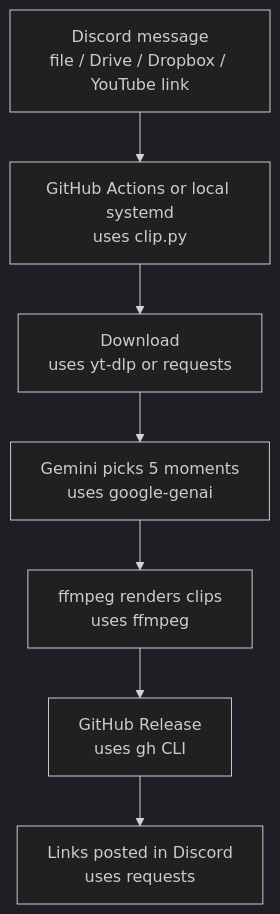
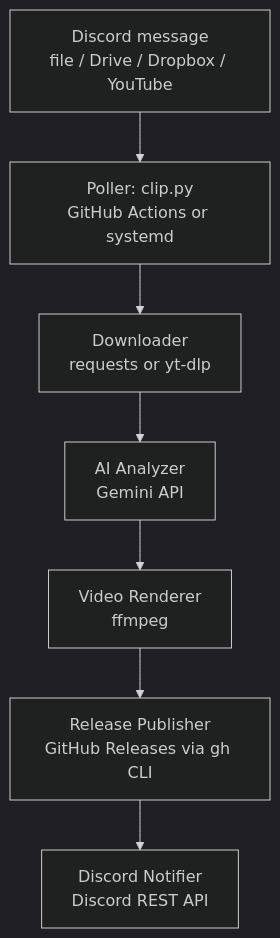
One commit to dawoodijaz1999/Doc-bot changed the diagram in docs/clip-clip.md. Above: the diagram before and after it, drawn with Mermaid (dark theme). The commit also changed other lines of this file and 2 other files, not shown here.

````diff
--- a/docs/clip-clip.md
+++ b/docs/clip-clip.md
@@ -10,9 +10,9 @@
 ```mermaid
 flowchart TD
-    A["Discord message<br/>file / Drive / Dropbox / YouTube link"] --> B["GitHub Actions or local systemd<br/>uses clip.py"]
-    B --> C["Download<br/>uses yt-dlp or requests"]
-    C --> D["Gemini picks 5 moments<br/>uses google-genai"]
-    D --> E["ffmpeg renders clips<br/>uses ffmpeg"]
-    E --> F["GitHub Release<br/>uses gh CLI"]
-    F --> G["Links posted in Discord<br/>uses requests"]
+    A["Discord message<br/>file / Drive / Dropbox / YouTube"] --> B["Poller: clip.py<br/>GitHub Actions or systemd"]
+    B --> C["Downloader<br/>requests or yt-dlp"]
+    C --> D["AI Analyzer<br/>Gemini API"]
+    D --> E["Video Renderer<br/>ffmpeg"]
+    E --> F["Release Publisher<br/>GitHub Releases via gh CLI"]
+    F --> G["Discord Notifier<br/>Discord REST API"]
 ```
````
